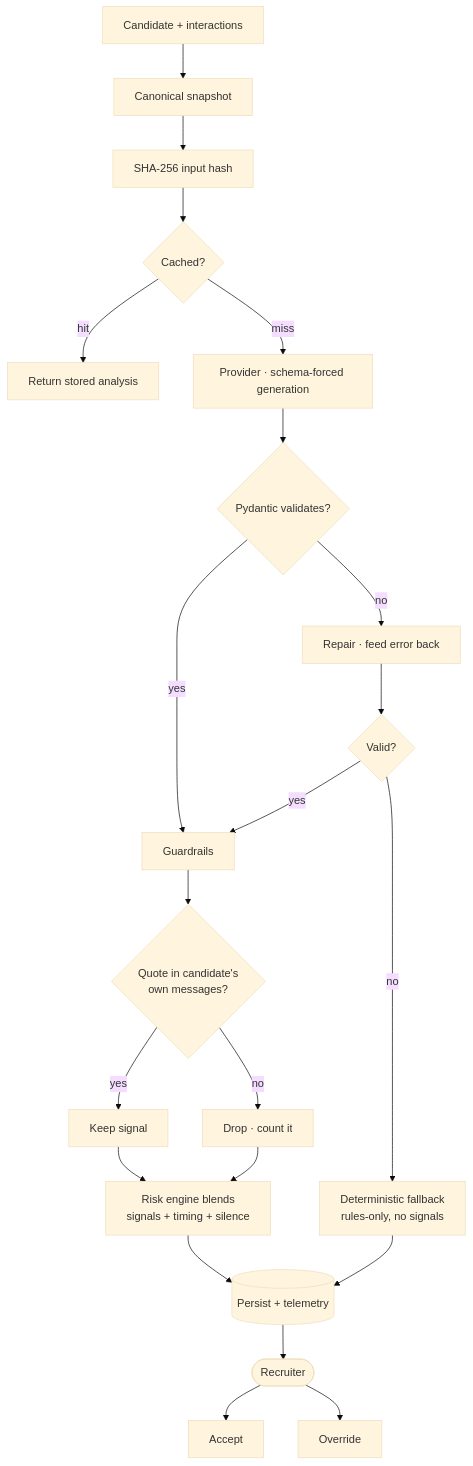
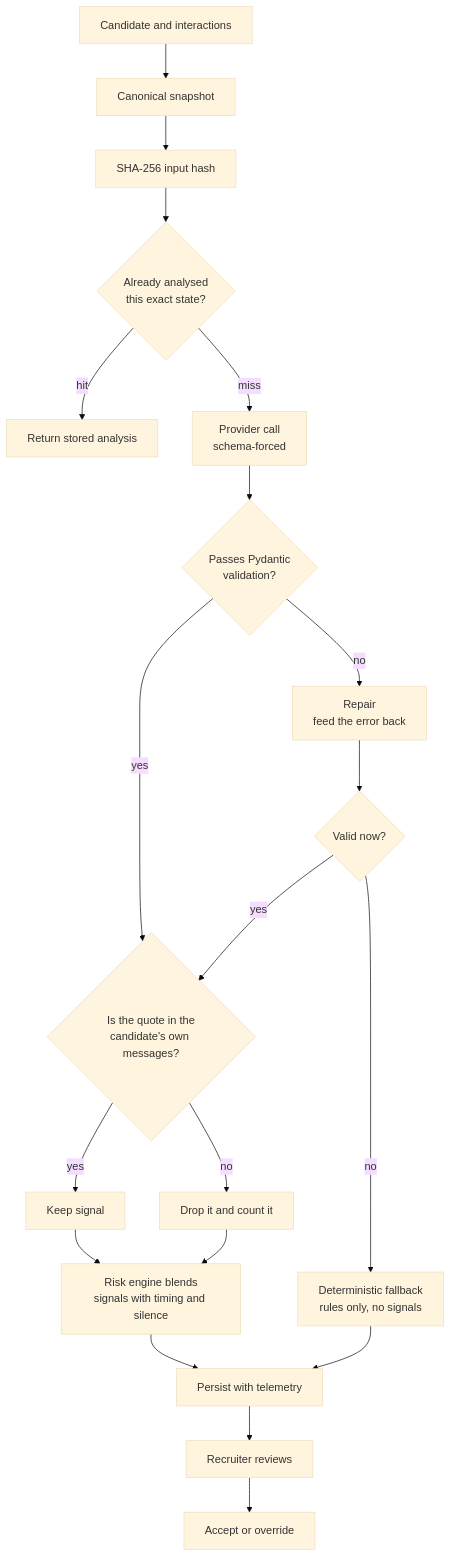
One commit to rezbites/AI-Powered-Post-Offer-Engagement-Platform changed the third of 6 diagrams in README.md. Above: the diagram before and after it, drawn with Mermaid (base theme). The commit also changed other lines of this file, not shown here.

First line of the commit message:
Rewrite Mermaid diagrams so GitHub can actually render them

````diff
--- a/README.md
+++ b/README.md
@@ -247,24 +232,40 @@
 ```mermaid
 flowchart TD
-    S[Candidate + interactions] --> SNAP[Canonical snapshot]
-    SNAP --> HASH[SHA-256 input hash]
-    HASH --> CACHE{Cached?}
-    CACHE -->|hit| DONE[Return stored analysis]
-    CACHE -->|miss| GEN[Provider · schema-forced generation]
-    GEN --> VAL{Pydantic validates?}
-    VAL -->|yes| GUARD[Guardrails]
-    VAL -->|no| REPAIR[Repair · feed error back]
-    REPAIR --> VAL2{Valid?}
-    VAL2 -->|yes| GUARD
-    VAL2 -->|no| FB[Deterministic fallback<br/>rules-only, no signals]
-    GUARD --> GROUND{Quote in candidate's<br/>own messages?}
-    GROUND -->|yes| KEEP[Keep signal]
-    GROUND -->|no| DROP[Drop · count it]
-    KEEP --> BLEND[Risk engine blends<br/>signals + timing + silence]
+    S["Candidate and interactions"]
+    SNAP["Canonical snapshot"]
+    HASH["SHA-256 input hash"]
+    CACHE{"Already analysed<br/>this exact state?"}
+    DONE["Return stored analysis"]
+    GEN["Provider call<br/>schema-forced"]
+    VAL{"Passes Pydantic<br/>validation?"}
+    REPAIR["Repair<br/>feed the error back"]
+    VAL2{"Valid now?"}
+    FB["Deterministic fallback<br/>rules only, no signals"]
+    GROUND{"Is the quote in the<br/>candidate's own messages?"}
+    KEEP["Keep signal"]
+    DROP["Drop it and count it"]
+    BLEND["Risk engine blends<br/>signals with timing and silence"]
+    PERSIST["Persist with telemetry"]
+    REC["Recruiter reviews"]
+    OVR["Accept or override"]
+
+    S --> SNAP
+    SNAP --> HASH
+    HASH --> CACHE
+    CACHE -->|"hit"| DONE
+    CACHE -->|"miss"| GEN
+    GEN --> VAL
+    VAL -->|"yes"| GROUND
+    VAL -->|"no"| REPAIR
+    REPAIR --> VAL2
+    VAL2 -->|"yes"| GROUND
+    VAL2 -->|"no"| FB
+    GROUND -->|"yes"| KEEP
+    GROUND -->|"no"| DROP
+    KEEP --> BLEND
     DROP --> BLEND
-    FB --> PERSIST[(Persist + telemetry)]
+    FB --> PERSIST
     BLEND --> PERSIST
-    PERSIST --> REC([Recruiter])
-    REC --> ACC[Accept]
-    REC --> OVR[Override]
+    PERSIST --> REC
+    REC --> OVR
 ```
````
